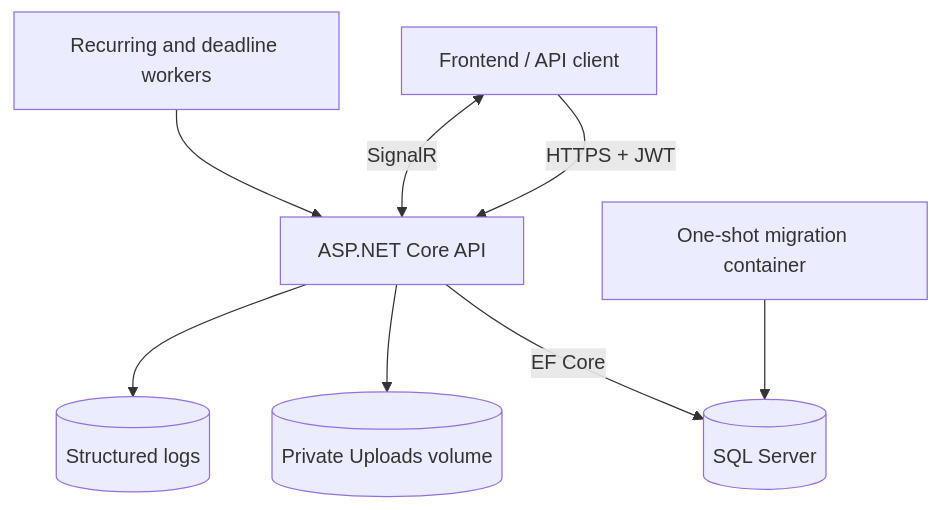
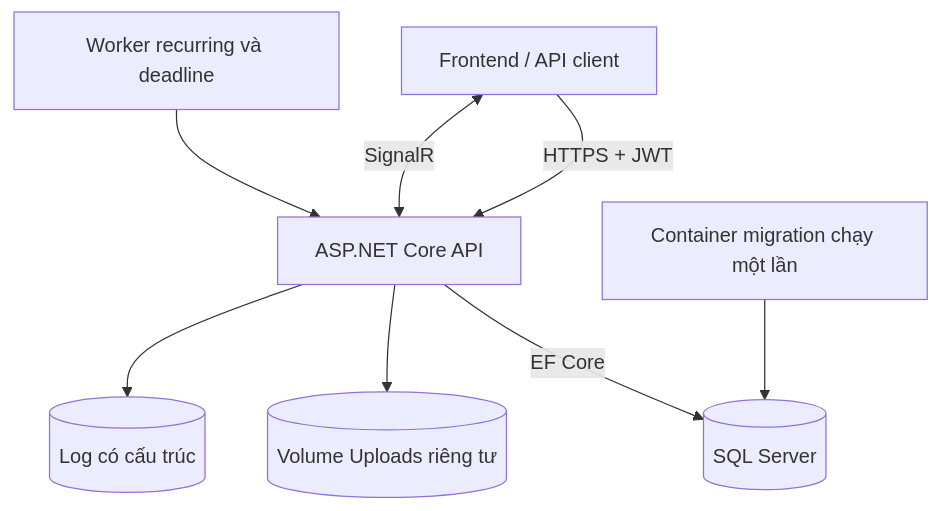
Before and after one commit to Giapnocap/work-management-system-backend: the third of 3 diagrams in docs/architecture.md, drawn with Mermaid. The commit also changed other lines of this file and 7 other files, not shown here.

````diff
--- a/docs/architecture.md
+++ b/docs/architecture.md
@@ -92,10 +92,10 @@
 ```mermaid
 flowchart TB
     Browser[Frontend / API client] -->|HTTPS + JWT| WebApi[ASP.NET Core API]
     Browser <-->|SignalR| WebApi
     WebApi -->|EF Core| SqlServer[(SQL Server)]
-    WebApi --> Uploads[(Private Uploads volume)]
-    WebApi --> Logs[(Structured logs)]
-    Scheduler[Recurring and deadline workers] --> WebApi
-    Migration[One-shot migration container] --> SqlServer
+    WebApi --> Uploads[(Volume Uploads riêng tư)]
+    WebApi --> Logs[(Log có cấu trúc)]
+    Scheduler[Worker recurring và deadline] --> WebApi
+    Migration[Container migration chạy một lần] --> SqlServer
 ```
````
